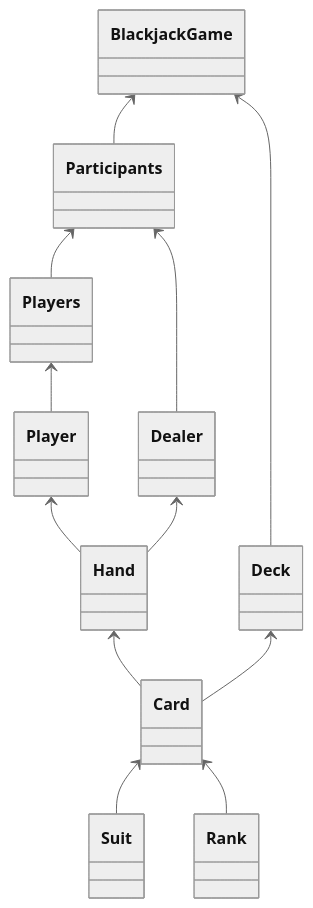
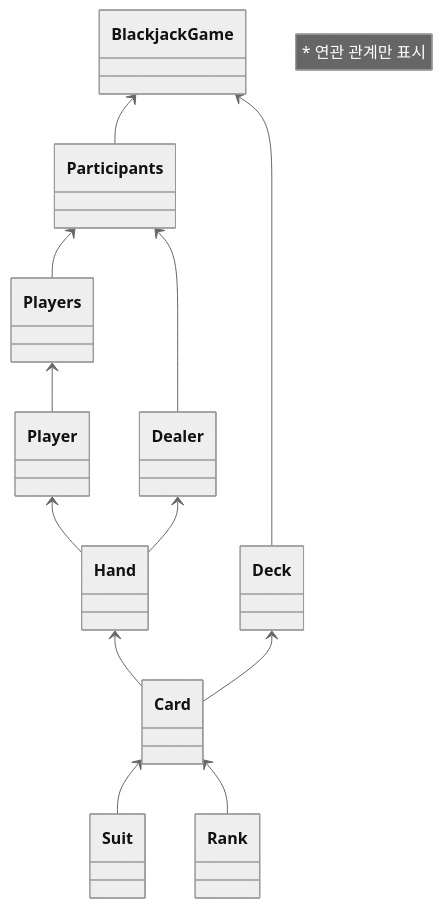
Before and after one commit to woowacourse/java-blackjack: the first of 3 diagrams in README.md, drawn with Mermaid (neutral theme). The commit also changed other lines of this file, not shown here.

Commit message:
docs: 클래스 다이어그램 내부에 설명 문구 추가

````diff
--- a/README.md
+++ b/README.md
@@ -11,14 +11,15 @@
 ```mermaid
 classDiagram
-BlackjackGame <-- Participants
-BlackjackGame <-- Deck
-Participants <-- Dealer
-Participants <-- Players
-Players <-- Player
-Hand <-- Card
-Card <-- Suit
-Card <-- Rank
-Deck <-- Card
-Player <-- Hand
-Dealer <-- Hand
+    note "* 연관 관계만 표시"
+    BlackjackGame <-- Participants
+    BlackjackGame <-- Deck
+    Participants <-- Dealer
+    Participants <-- Players
+    Players <-- Player
+    Hand <-- Card
+    Card <-- Suit
+    Card <-- Rank
+    Deck <-- Card
+    Player <-- Hand
+    Dealer <-- Hand
 ```
````
